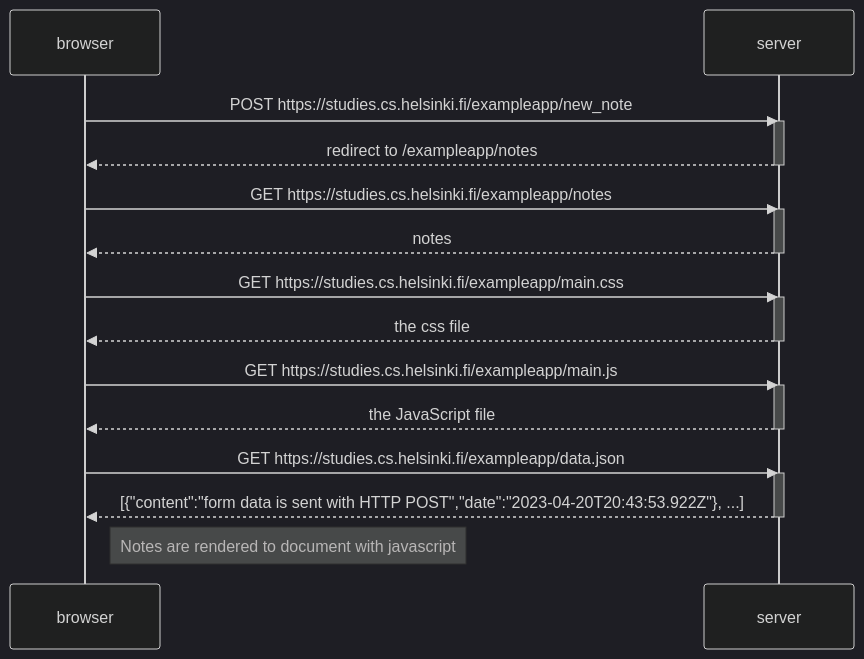
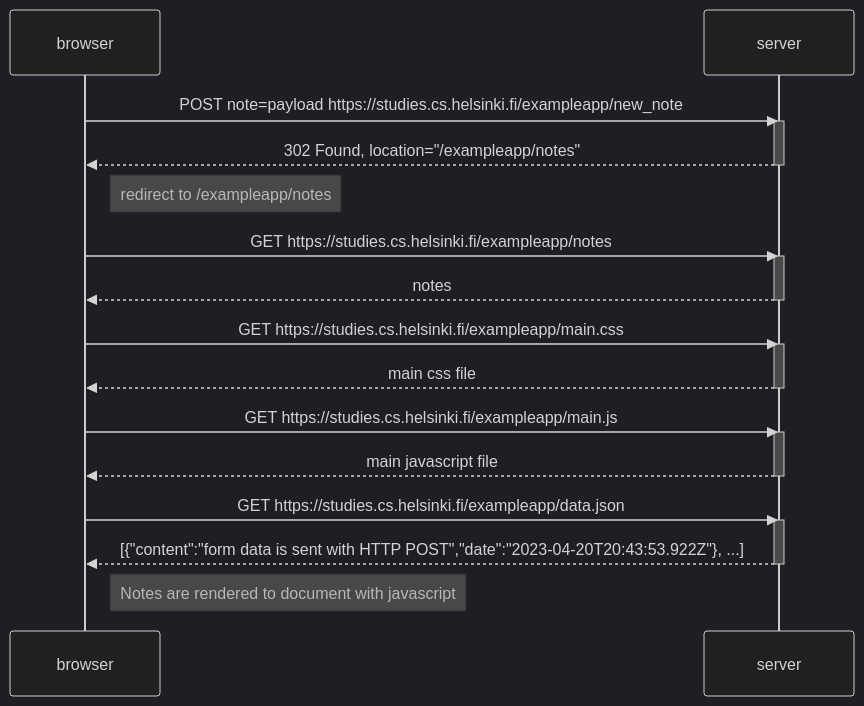
Before and after one commit to noobLue/fullstack: the diagram in Osa0/0.4.md, drawn with Mermaid (dark theme).

Commit message:
added details

````diff
--- a/Osa0/0.4.md
+++ b/Osa0/0.4.md
@@ -2,32 +2,34 @@
 ```mermaid
 sequenceDiagram
     participant browser
     participant server
     
-    browser->>server: POST https://studies.cs.helsinki.fi/exampleapp/new_note
+    browser->>server: POST note=payload https://studies.cs.helsinki.fi/exampleapp/new_note
     activate server
-    server-->>browser: redirect to /exampleapp/notes
+    server-->>browser: 302 Found, location="/exampleapp/notes"
     deactivate server
+	
+	Note right of browser: redirect to /exampleapp/notes
     
     browser->>server: GET https://studies.cs.helsinki.fi/exampleapp/notes
     activate server
     server-->>browser: notes
     deactivate server
 	
     browser->>server: GET https://studies.cs.helsinki.fi/exampleapp/main.css
     activate server
-    server-->>browser: the css file
+    server-->>browser: main css file
     deactivate server
     
     browser->>server: GET https://studies.cs.helsinki.fi/exampleapp/main.js
     activate server
-    server-->>browser: the JavaScript file
+    server-->>browser: main javascript file
     deactivate server
         
     browser->>server: GET https://studies.cs.helsinki.fi/exampleapp/data.json
     activate server
     server-->>browser: [{"content":"form data is sent with HTTP POST","date":"2023-04-20T20:43:53.922Z"}, ...]
     deactivate server    
 
     Note right of browser: Notes are rendered to document with javascript
 ```
````
